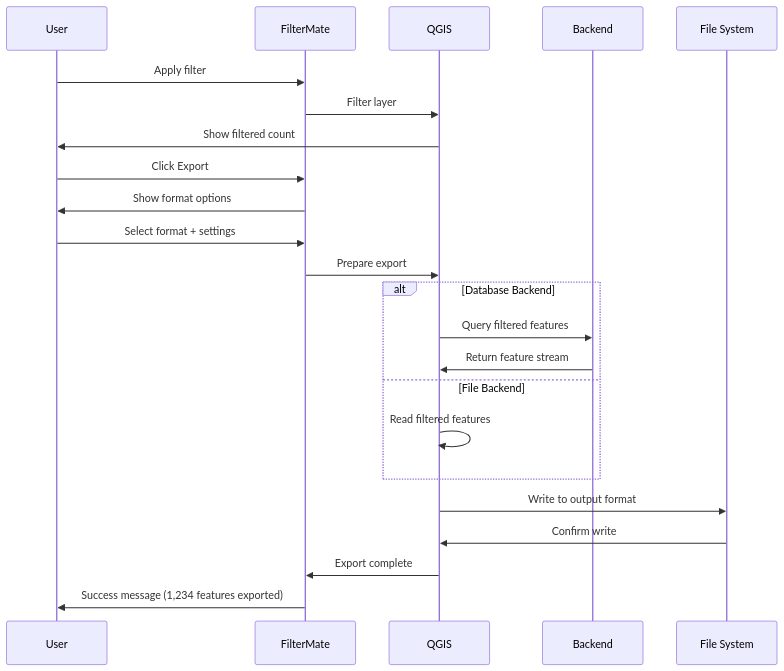
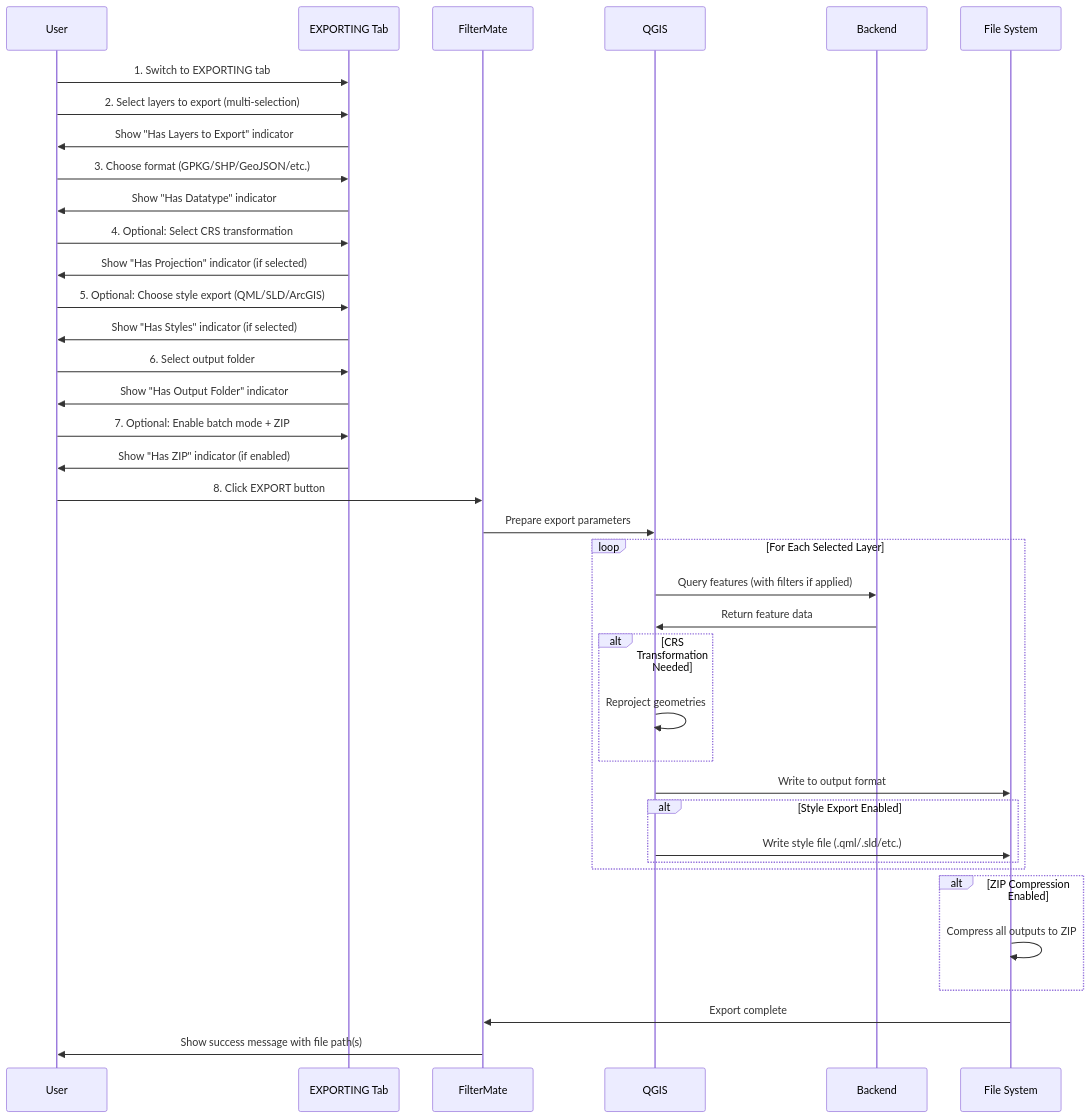
Before and after one commit to sducournau/filter_mate: the first of 2 diagrams in website/docs/user-guide/export-features.md, drawn with Mermaid. The commit also changed other lines of this file and 133 other files, not shown here.

````diff
--- a/website/docs/user-guide/export-features.md
+++ b/website/docs/user-guide/export-features.md
@@ -32,30 +168,53 @@
 ```mermaid
 sequenceDiagram
     participant U as User
+    participant E as EXPORTING Tab
     participant FM as FilterMate
     participant Q as QGIS
     participant DB as Backend
     participant F as File System
     
-    U->>FM: Apply filter
-    FM->>Q: Filter layer
-    Q->>U: Show filtered count
+    U->>E: 1. Switch to EXPORTING tab
+    U->>E: 2. Select layers to export (multi-selection)
+    E->>U: Show "Has Layers to Export" indicator
     
-    U->>FM: Click Export
-    FM->>U: Show format options
-    U->>FM: Select format + settings
+    U->>E: 3. Choose format (GPKG/SHP/GeoJSON/etc.)
+    E->>U: Show "Has Datatype" indicator
     
-    FM->>Q: Prepare export
+    U->>E: 4. Optional: Select CRS transformation
+    E->>U: Show "Has Projection" indicator (if selected)
     
-    alt Database Backend
-        Q->>DB: Query filtered features
-        DB->>Q: Return feature stream
-    else File Backend
-        Q->>Q: Read filtered features
+    U->>E: 5. Optional: Choose style export (QML/SLD/ArcGIS)
+    E->>U: Show "Has Styles" indicator (if selected)
+    
+    U->>E: 6. Select output folder
+    E->>U: Show "Has Output Folder" indicator
+    
+    U->>E: 7. Optional: Enable batch mode + ZIP
+    E->>U: Show "Has ZIP" indicator (if enabled)
+    
+    U->>FM: 8. Click EXPORT button
+    FM->>Q: Prepare export parameters
+    
+    loop For Each Selected Layer
+        Q->>DB: Query features (with filters if applied)
+        DB->>Q: Return feature data
+        
+        alt CRS Transformation Needed
+            Q->>Q: Reproject geometries
+        end
+        
+        Q->>F: Write to output format
+        
+        alt Style Export Enabled
+            Q->>F: Write style file (.qml/.sld/etc.)
+        end
     end
     
-    Q->>F: Write to output format
-    F->>Q: Confirm write
-    Q->>FM: Export complete
-    FM->>U: Success message (1,234 features exported)
+    alt ZIP Compression Enabled
+        F->>F: Compress all outputs to ZIP
+    end
+    
+    F->>FM: Export complete
+    FM->>U: Show success message with file path(s)
 ```
````
